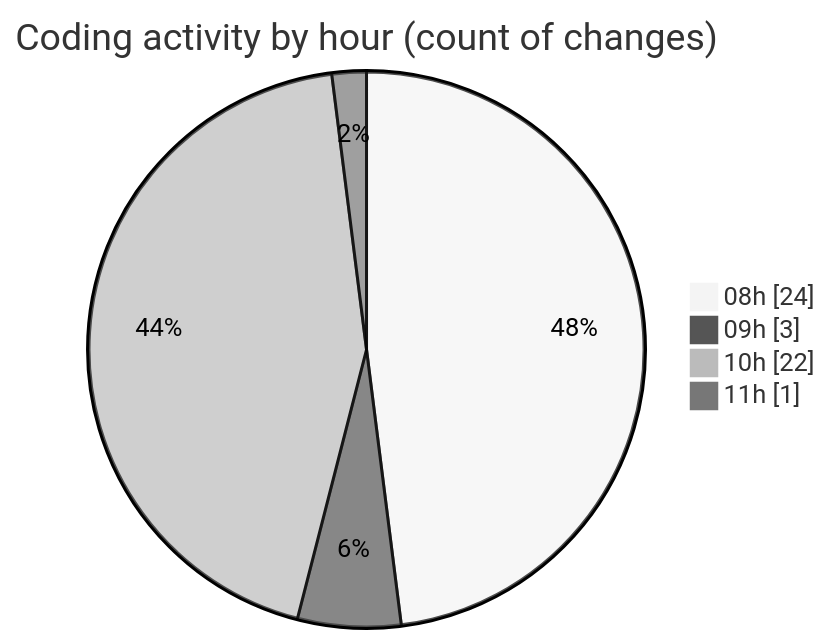
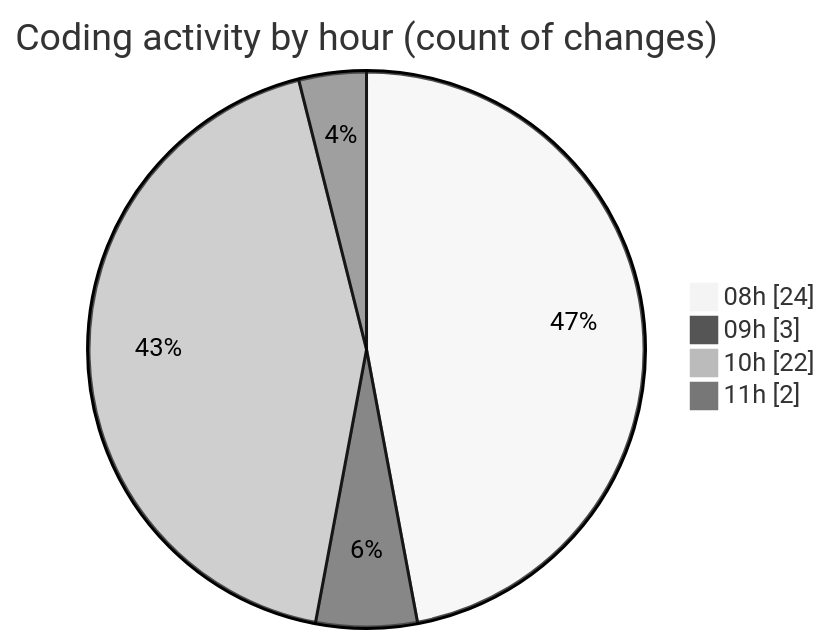
One commit to julien-gomy/code-tracking changed the second of 2 diagrams in 2025-11-07/eventscop-frontend-guide__workspace_/README.md. Above: the diagram before and after it, drawn with Mermaid (neutral theme). The commit also changed other lines of this file and 1 other file, not shown here.

````diff
--- a/2025-11-07/eventscop-frontend-guide__workspace_/README.md
+++ b/2025-11-07/eventscop-frontend-guide__workspace_/README.md
@@ -46,8 +47,8 @@
 ```mermaid
 pie showData
 title Coding activity by hour (count of changes)
 "08h" : 24
 "09h" : 3
 "10h" : 22
-"11h" : 1
+"11h" : 2
 ```
````
